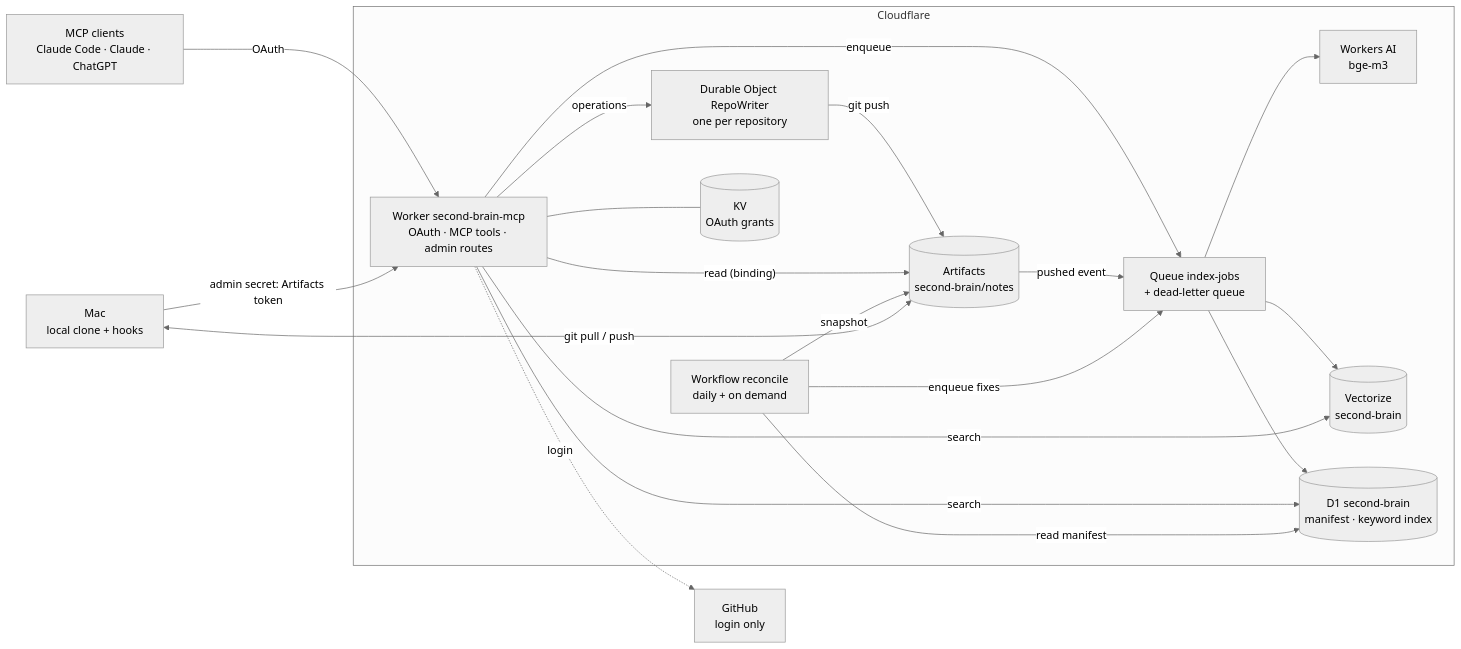
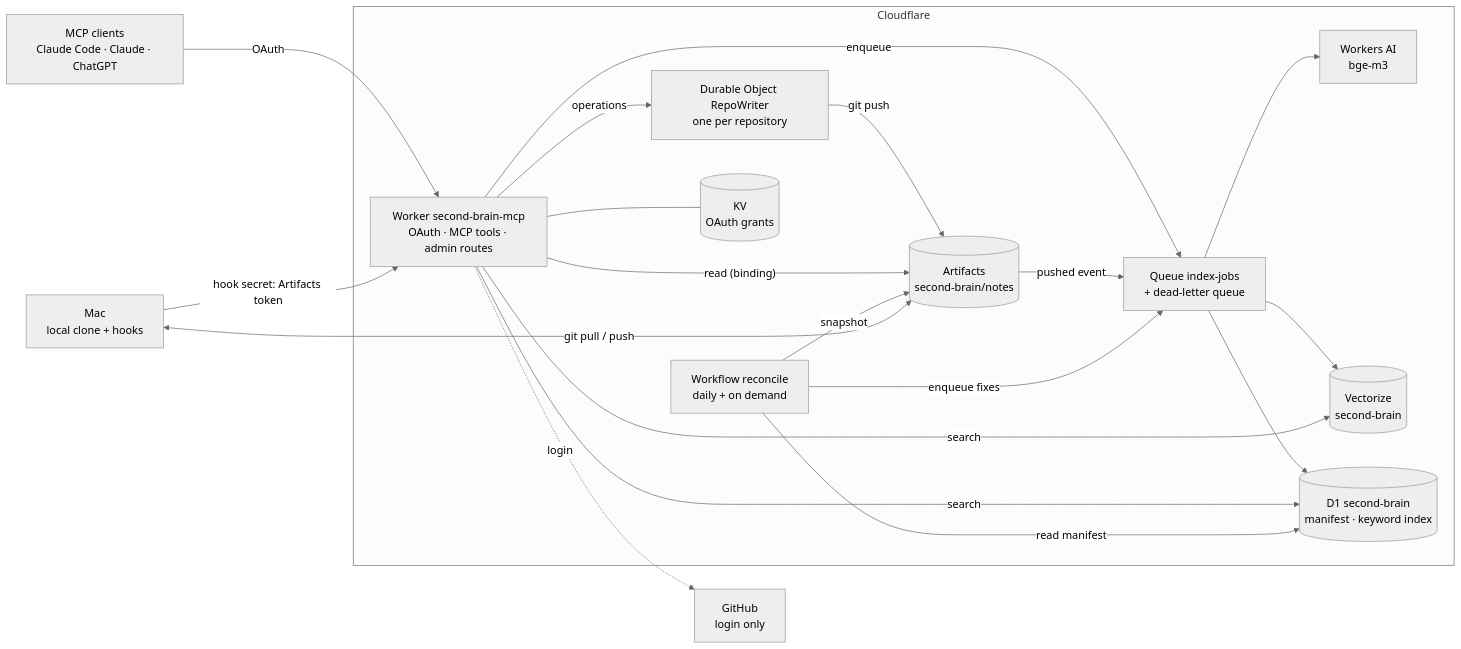
The first of 2 diagrams in docs/spec/v2.md (YudiG12/second-brain-mcp), drawn with Mermaid (neutral theme) before and after one commit. The commit also changed other lines of this file and 17 other files, not shown here.

First line of the commit message:
Sync hook: conflicts, concurrent sessions, scoped secret (#50)

````diff
--- a/docs/spec/v2.md
+++ b/docs/spec/v2.md
@@ -13,35 +13,35 @@
 ```mermaid
 flowchart LR
     clients["MCP clients<br/>Claude Code · Claude · ChatGPT"]
     mac["Mac<br/>local clone + hooks"]
     subgraph cf["Cloudflare"]
         worker["Worker second-brain-mcp<br/>OAuth · MCP tools · admin routes"]
         dobj["Durable Object RepoWriter<br/>one per repository"]
         notes[("Artifacts<br/>second-brain/notes")]
         queue["Queue index-jobs<br/>+ dead-letter queue"]
         wf["Workflow reconcile<br/>daily + on demand"]
         ai["Workers AI<br/>bge-m3"]
         vec[("Vectorize<br/>second-brain")]
         d1[("D1 second-brain<br/>manifest · keyword index")]
         kv[("KV<br/>OAuth grants")]
     end
     github["GitHub<br/>login only"]
 
     clients -- "OAuth" --> worker
     worker --- kv
     worker -. "login" .-> github
     worker -- "operations" --> dobj -- "git push" --> notes
     worker -- "read (binding)" --> notes
     worker -- "enqueue" --> queue
     notes -- "pushed event" --> queue
     queue --> ai
     queue --> vec
     queue --> d1
     worker -- "search" --> vec
     worker -- "search" --> d1
     wf -- "snapshot" --> notes
     wf -- "read manifest" --> d1
     wf -- "enqueue fixes" --> queue
     mac <-- "git pull / push" --> notes
-    mac -- "admin secret: Artifacts token" --> worker
+    mac -- "hook secret: Artifacts token" --> worker
 ```
````
